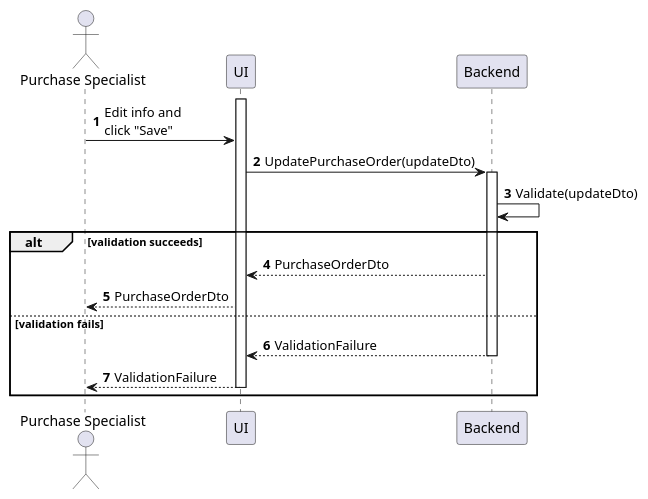
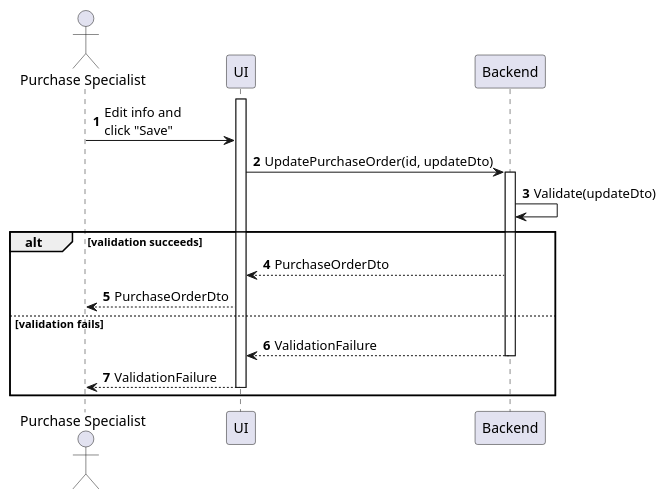
One commit to phihungha/scmss-reqs changed the diagram in sequences/purchase-order-update.plantuml. Above: the diagram before and after it, drawn with PlantUML. The commit also changed 19 other files, not shown here.

```diff
--- a/sequences/purchase-order-update.plantuml
+++ b/sequences/purchase-order-update.plantuml
@@ -1,22 +1,22 @@
 @startuml purchase-order-update
 autonumber
 
 actor "Purchase Specialist" as a
 participant UI as f
 participant Backend as b
 
 activate f
 a -> f : Edit info and\nclick "Save"
-f -> b : UpdatePurchaseOrder(updateDto)
+f -> b : UpdatePurchaseOrder(id, updateDto)
 activate b
 b -> b : Validate(updateDto)
 
 alt validation succeeds
     b --> f : PurchaseOrderDto
     f --> a : PurchaseOrderDto
 else validation fails
     return ValidationFailure
     f --> a : ValidationFailure
     deactivate f
 end
 @enduml
```
